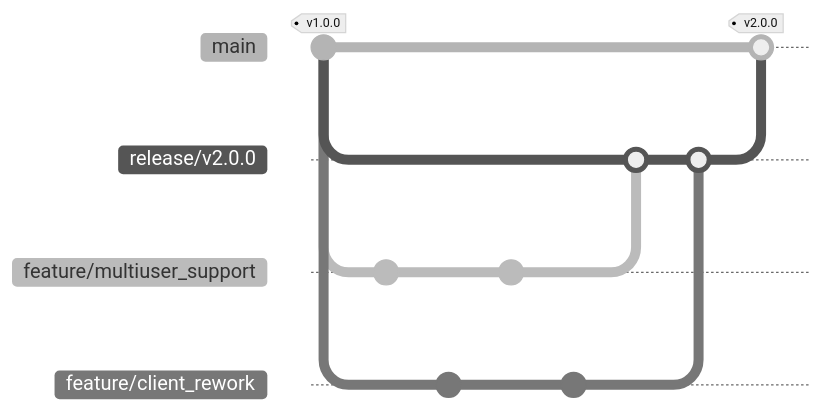
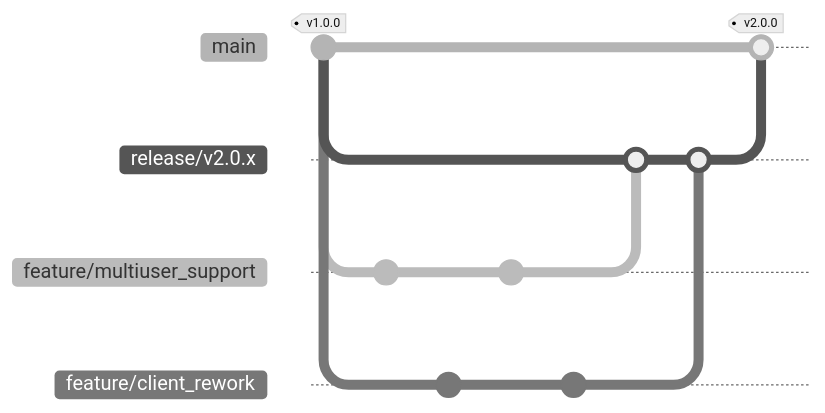
The fourth of 5 diagrams in branch_types.md (LuDubies/branchdoc_io_test), drawn with Mermaid (neutral theme) before and after one commit. The commit also changed other lines of this file and 2 other files, not shown here. Commit ids are hidden.

````diff
--- a/branch_types.md
+++ b/branch_types.md
@@ -75,20 +75,20 @@
 ```mermaid
 %%{init: { 'gitGraph': {'showCommitLabel': false}} }%%
 gitGraph
    commit tag: "v1.0.0"
-   branch release/v2.0.0
+   branch release/v2.0.x
    branch feature/multiuser_support
    commit
-   checkout release/v2.0.0
+   checkout release/v2.0.x
    branch feature/client_rework
    commit
    checkout feature/multiuser_support
    commit
    checkout feature/client_rework
    commit
-   checkout release/v2.0.0
+   checkout release/v2.0.x
    merge feature/multiuser_support
    merge feature/client_rework
    checkout main
-   merge release/v2.0.0 tag: "v2.0.0"
+   merge release/v2.0.x tag: "v2.0.0"
 ```
````
